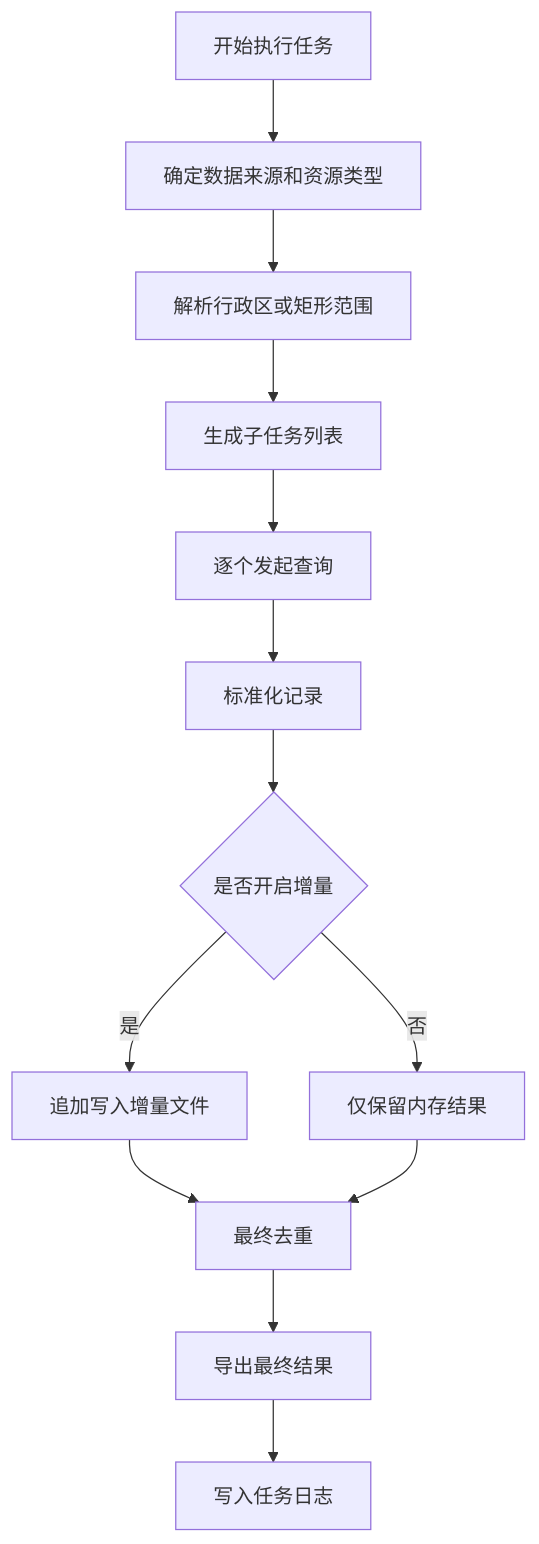
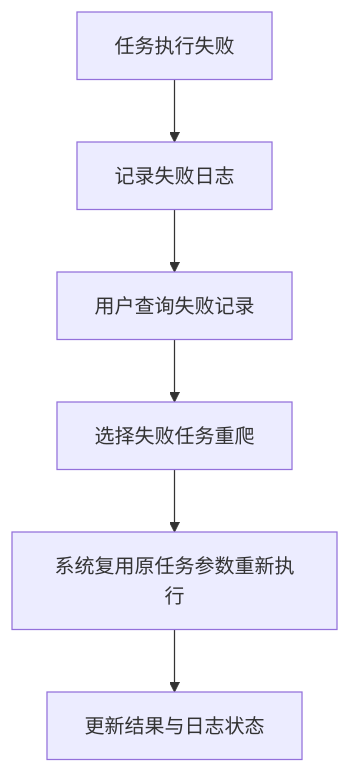
One commit to CV-Q/python changed the third of 3 diagrams in docs/SOFTWARE_DESIGN.md. Above: the diagram before and after it, drawn with Mermaid. The commit also changed other lines of this file and 46 other files, not shown here.

````diff
--- a/docs/SOFTWARE_DESIGN.md
+++ b/docs/SOFTWARE_DESIGN.md
@@ -171,15 +512,8 @@
 ```mermaid
 flowchart TD
-    A[开始执行任务] --> B[确定数据来源和资源类型]
-    B --> C[解析行政区或矩形范围]
-    C --> D[生成子任务列表]
-    D --> E[逐个发起查询]
-    E --> F[标准化记录]
-    F --> G{是否开启增量}
-    G -- 是 --> H[追加写入增量文件]
-    G -- 否 --> I[仅保留内存结果]
-    H --> J[最终去重]
-    I --> J
-    J --> K[导出最终结果]
-    K --> L[写入任务日志]
+    A[任务执行失败] --> B[记录失败日志]
+    B --> C[用户查询失败记录]
+    C --> D[选择失败任务重爬]
+    D --> E[系统复用原任务参数重新执行]
+    E --> F[更新结果与日志状态]
 ```
````
